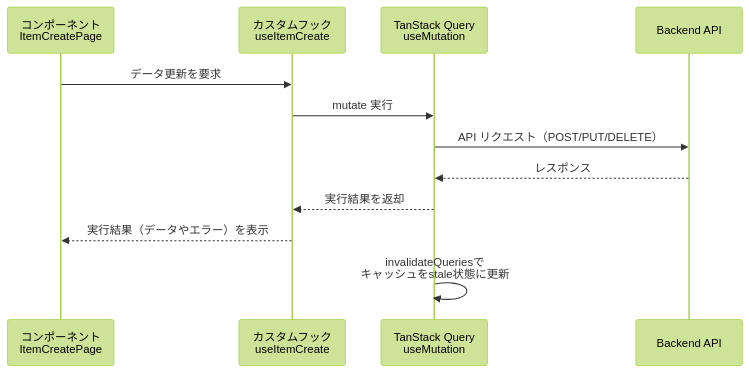
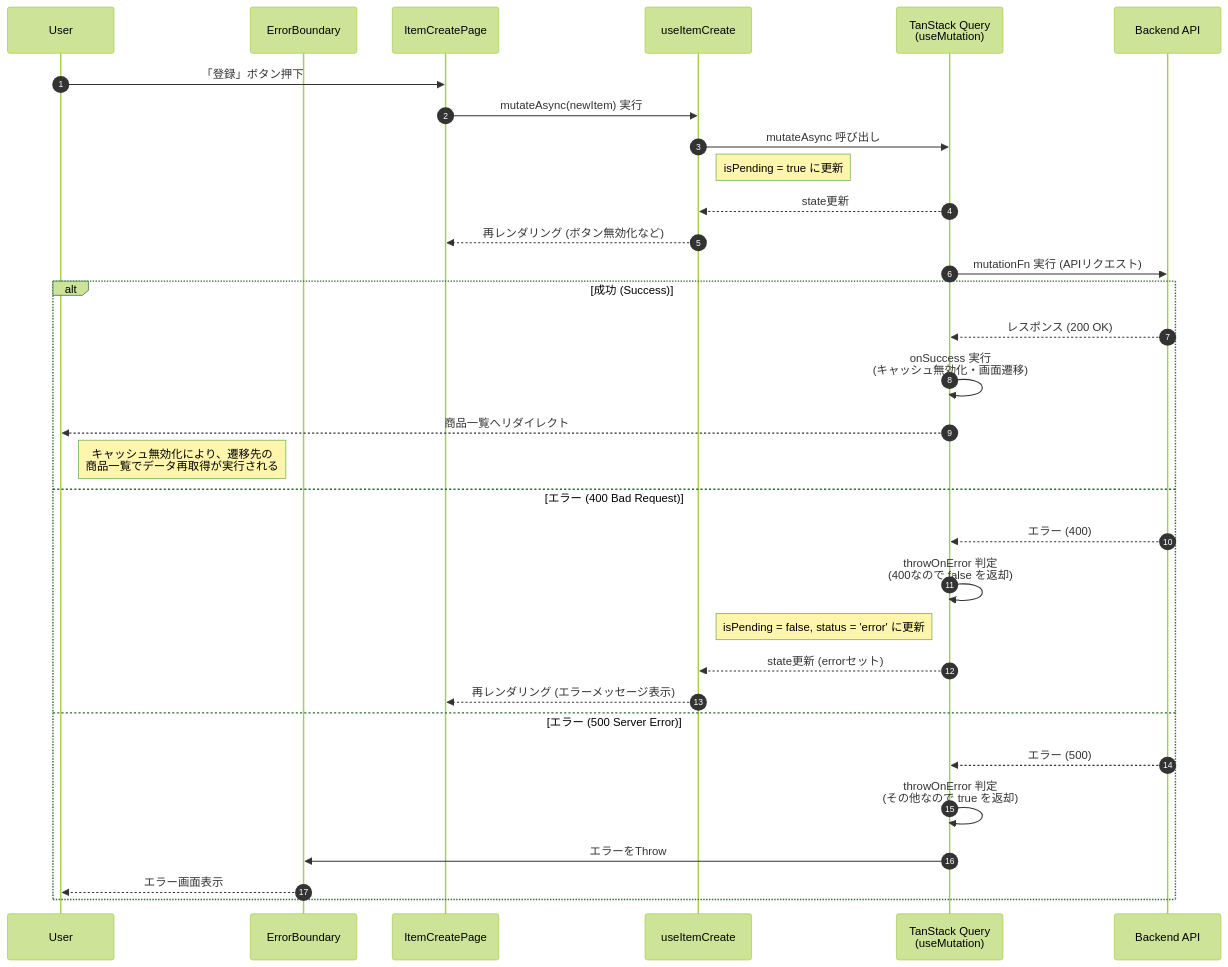
One commit to daisuke0412/react-sample changed the fourth of 4 diagrams in docs/guide/7.TanstackQuery.md. Above: the diagram before and after it, drawn with Mermaid (forest theme). The commit also changed other lines of this file and 10 other files, not shown here.

```diff
--- a/docs/guide/7.TanstackQuery.md
+++ b/docs/guide/7.TanstackQuery.md
@@ -762,15 +829,36 @@
 ::: mermaid
 sequenceDiagram
-participant Component as コンポーネント<br>ItemCreatePage
-participant Hook as カスタムフック<br>useItemCreate
-participant TQ as TanStack Query<br>useMutation
-participant API as Backend API
+  autonumber
+  participant User
+  participant EB as ErrorBoundary
+  participant Component as ItemCreatePage
+  participant Hook as useItemCreate
+  participant TQ as TanStack Query<br>(useMutation)
+  participant API as Backend API
 
-Component->>Hook: データ更新を要求
-Hook->>TQ: mutate 実行
-TQ->>API: API リクエスト（POST/PUT/DELETE）
-API-->>TQ: レスポンス
-TQ-->>Hook: 実行結果を返却
-Hook-->>Component: 実行結果（データやエラー）を表示
-TQ->>TQ: invalidateQueriesで<br>キャッシュをstale状態に更新
+  User->>Component: 「登録」ボタン押下
+  Component->>Hook: mutateAsync(newItem) 実行
+  Hook->>TQ: mutateAsync 呼び出し
+  note right of Hook: isPending = true に更新
+  TQ-->>Hook: state更新
+  Hook-->>Component: 再レンダリング (ボタン無効化など)
+  TQ->>API: mutationFn 実行 (APIリクエスト)
+  alt 成功 (Success)
+    API-->>TQ: レスポンス (200 OK)
+    TQ->>TQ: onSuccess 実行<br>(キャッシュ無効化・画面遷移)
+    TQ-->>User: 商品一覧へリダイレクト
+    note right of User: キャッシュ無効化により、遷移先の<br>商品一覧でデータ再取得が実行される
+    
+  else エラー (400 Bad Request)
+    API-->>TQ: エラー (400)
+    TQ->>TQ: throwOnError 判定<br>(400なので false を返却)
+    note right of Hook: isPending = false, status = 'error' に更新
+    TQ-->>Hook: state更新 (errorセット)
+    Hook-->>Component: 再レンダリング (エラーメッセージ表示)
+  else エラー (500 Server Error)
+    API-->>TQ: エラー (500)
+    TQ->>TQ: throwOnError 判定<br>(その他なので true を返却)
+    TQ->>EB: エラーをThrow
+    EB-->>User: エラー画面表示
+  end
 :::
```
